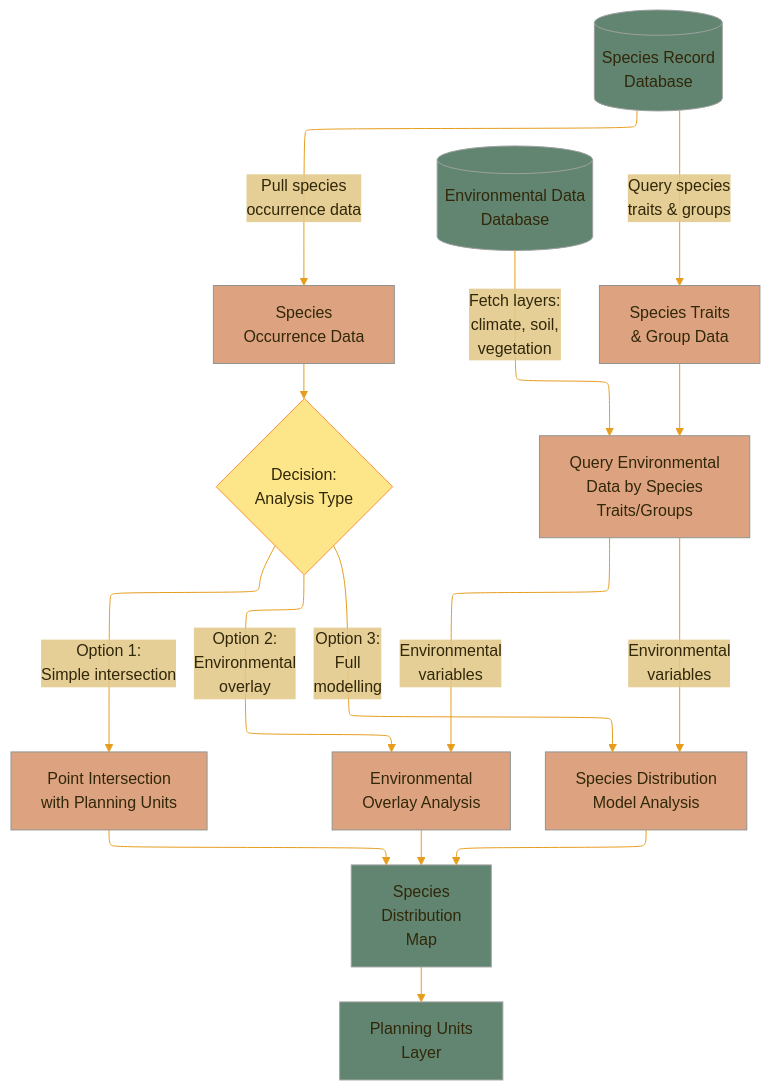
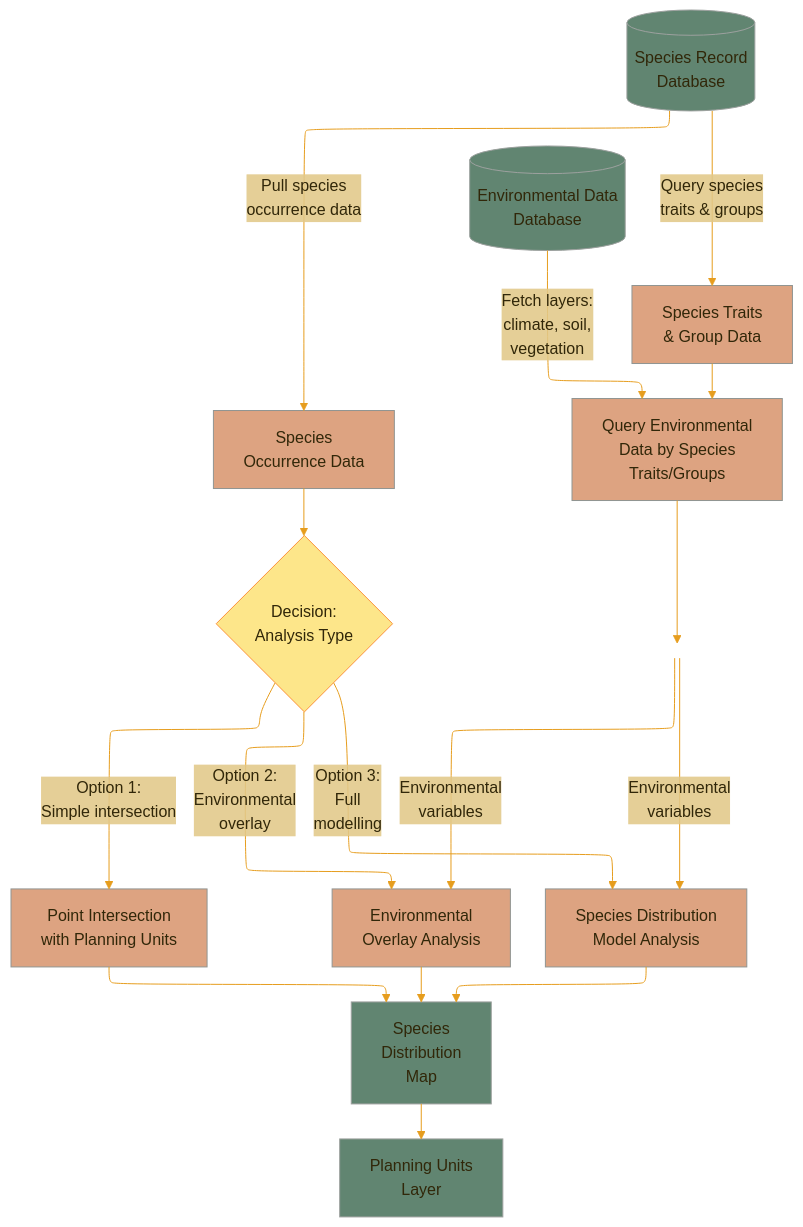
The diagram in readme.md (ekznw/sdm), drawn with Mermaid before and after one commit.

````diff
--- a/readme.md
+++ b/readme.md
@@ -3,49 +3,54 @@
 ``` mermaid
+---
 ---
 config:
   layout: elk
   elk:
+    algorithm: layered
     nodePlacement.strategy: SIMPLE
     padding: 25
-    spacing.nodeNode: 50         # ↑ increase node spacing
-    spacing.nodeNodeBetweenLayers: 50
-    algorithm: layered
+    spacing.nodeNode: 60
+    spacing.nodeNodeBetweenLayers: 80
   themeVariables:
-    primaryTextColor: "#322c2c"       # arrow labels
-    textColor: "#312709"              # node text
-    labelTextColor: "#151319"         # node labels
-    lineColor: "#e69d1e"              # arrow color
-    edgeLabelBackground: "#e2c888bf"  # link bg color
+    primaryTextColor: "#322c2c"
+    textColor: "#312709"
+    labelTextColor: "#151319"
+    lineColor: "#e69d1e"
+    edgeLabelBackground: "#e2c888bf"
 ---
 flowchart TD
     SpeciesRecordDB[(Species Record<br/>Database)] -->|Pull species<br/>occurrence data| DataInput[Species<br/>Occurrence Data]
     DataInput --> DecisionPoint{Decision:<br/>Analysis Type}
     
     DecisionPoint -->|Option 1:<br/>Simple intersection| PointIntersection[Point Intersection<br/>with Planning Units]
     DecisionPoint -->|Option 2:<br/>Environmental<br/>overlay| EnvOverlay[Environmental<br/>Overlay Analysis]
     DecisionPoint -->|Option 3:<br/>Full<br/>modelling| SDMAnalysis[Species Distribution<br/>Model Analysis]
     
     SpeciesRecordDB -->|Query species<br/>traits & groups| SpeciesTraits[Species Traits<br/>& Group Data]
     SpeciesTraits --> EnvDataQuery[Query Environmental<br/>Data by Species<br/>Traits/Groups]
     
     EnvDataDB[(Environmental Data<br/>Database)] -->|Fetch layers:<br/>climate, soil,<br/>vegetation| EnvDataQuery
     
-    EnvDataQuery -->|"Environmental<br/>variables"| EnvOverlay
-    EnvDataQuery -->|"Environmental<br/>variables"| SDMAnalysis
+    %% Spacer node to prevent overlap between Option 3 and Environmental variables links
+    EnvDataQuery --> EnvSpacer((" ")):::spacer
+    EnvSpacer -->|"Environmental<br/>variables"| EnvOverlay
+    EnvSpacer -->|"Environmental<br/>variables"| SDMAnalysis
     
     PointIntersection --> Output[Species<br/>Distribution<br/>Map]
     EnvOverlay --> Output
     SDMAnalysis --> Output
     
     Output --> PlanningUnits[Planning Units<br/>Layer]
     
     classDef database fill:#618571,stroke:#9da19f
     classDef process fill:#dda381,stroke:#909592
     classDef decision fill:#fde68a,stroke:#fb923c
     classDef output fill:#618571,stroke:#9da19f
+    classDef spacer fill:none,stroke:none
     
     class SpeciesRecordDB,EnvDataDB database
     class DataInput,SpeciesTraits,EnvDataQuery,PointIntersection,EnvOverlay,SDMAnalysis process
     class DecisionPoint decision
     class Output,PlanningUnits output
+    class EnvSpacer spacer
 ```
````
